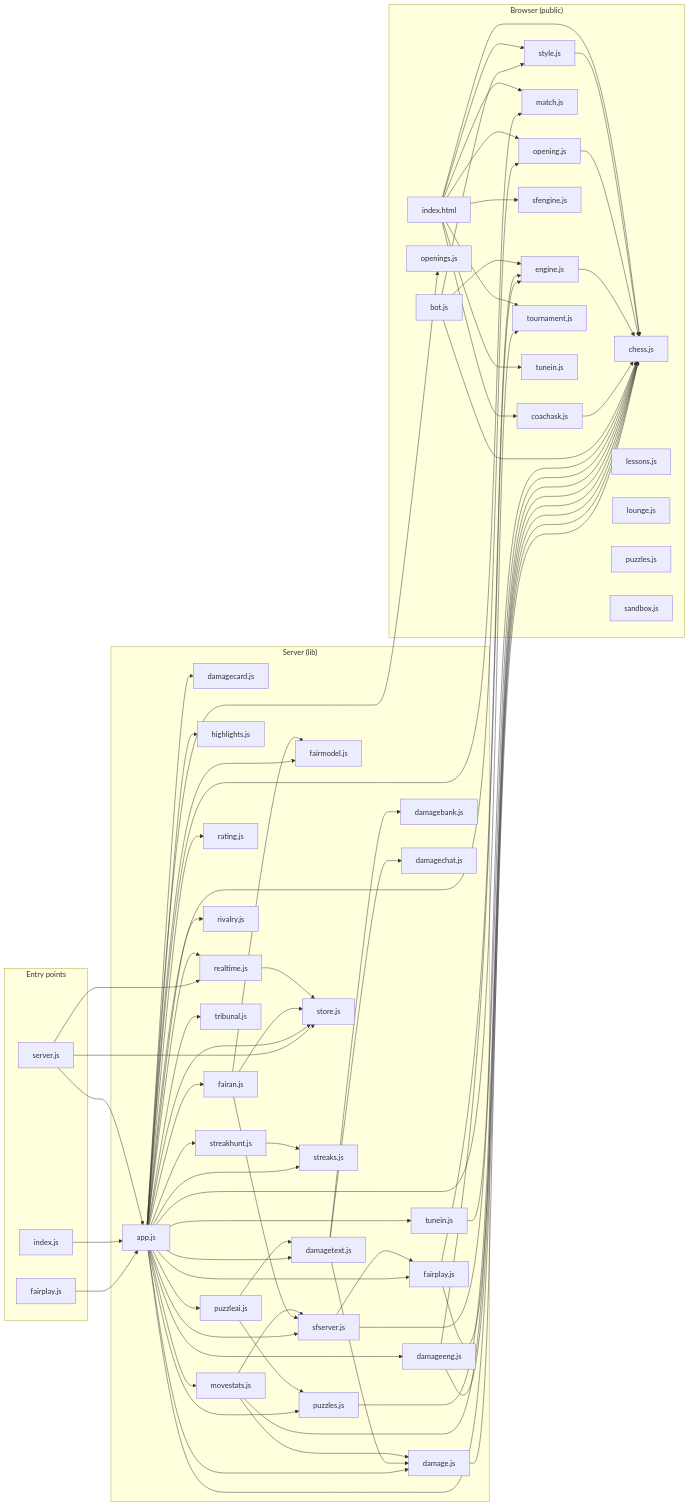
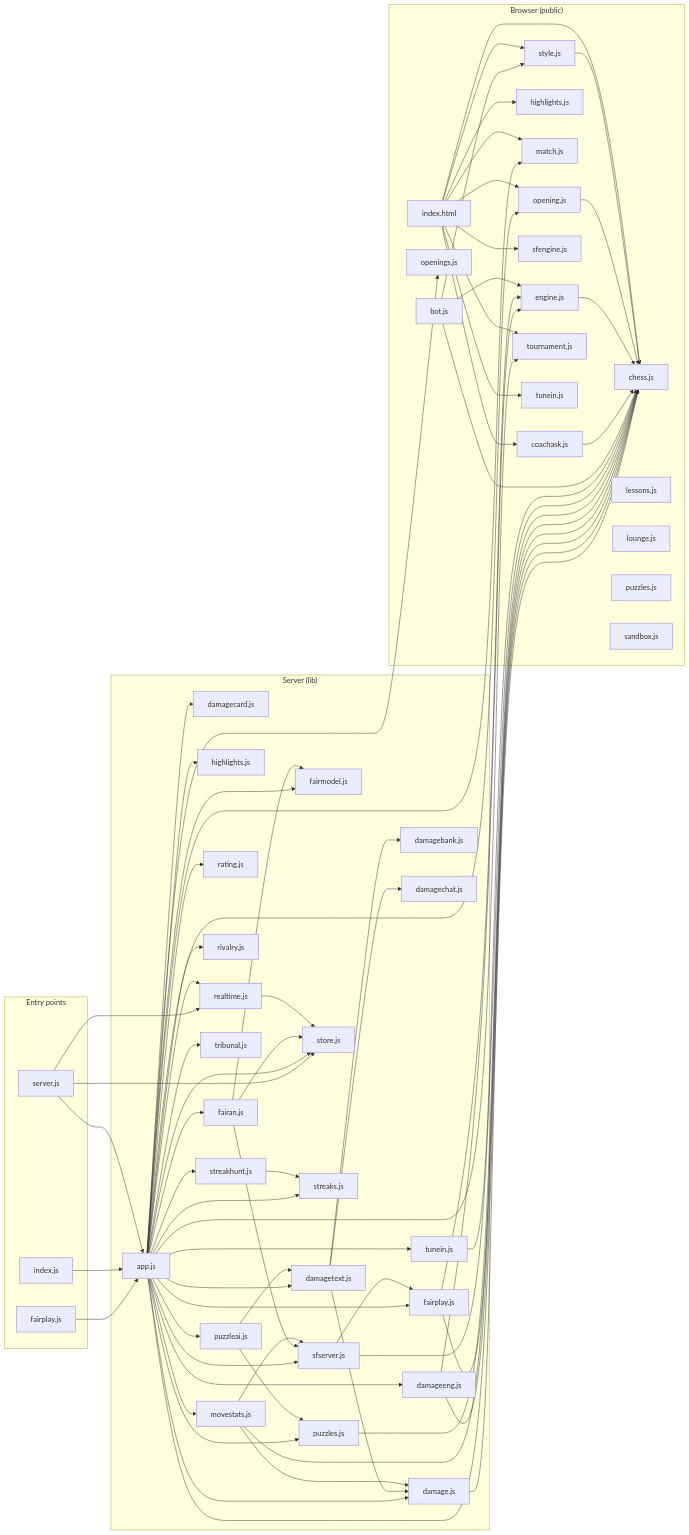
One commit to Vihaancoding/chess-with-friends changed the diagram in docs/code-map.md. Above: the diagram before and after it, drawn with Mermaid. The commit also changed other lines of this file and 3 other files, not shown here.

````diff
--- a/docs/code-map.md
+++ b/docs/code-map.md
@@ -39,6 +39,7 @@
     public_chess_js["chess.js"]
     public_coachask_js["coachask.js"]
     public_engine_js["engine.js"]
+    public_highlights_js["highlights.js"]
     public_lessons_js["lessons.js"]
     public_lounge_js["lounge.js"]
     public_match_js["match.js"]
@@ -119,4 +120,5 @@
   public_index_html --> public_tournament_js
   public_index_html --> public_sfengine_js
   public_index_html --> public_tunein_js
+  public_index_html --> public_highlights_js
 ```
````
